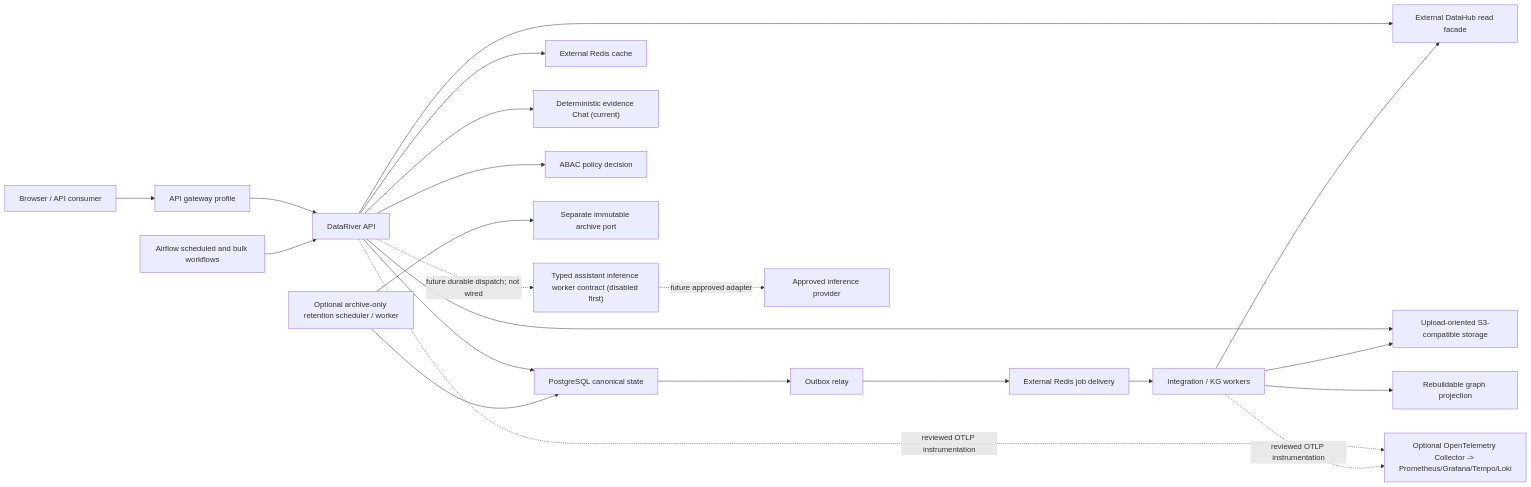
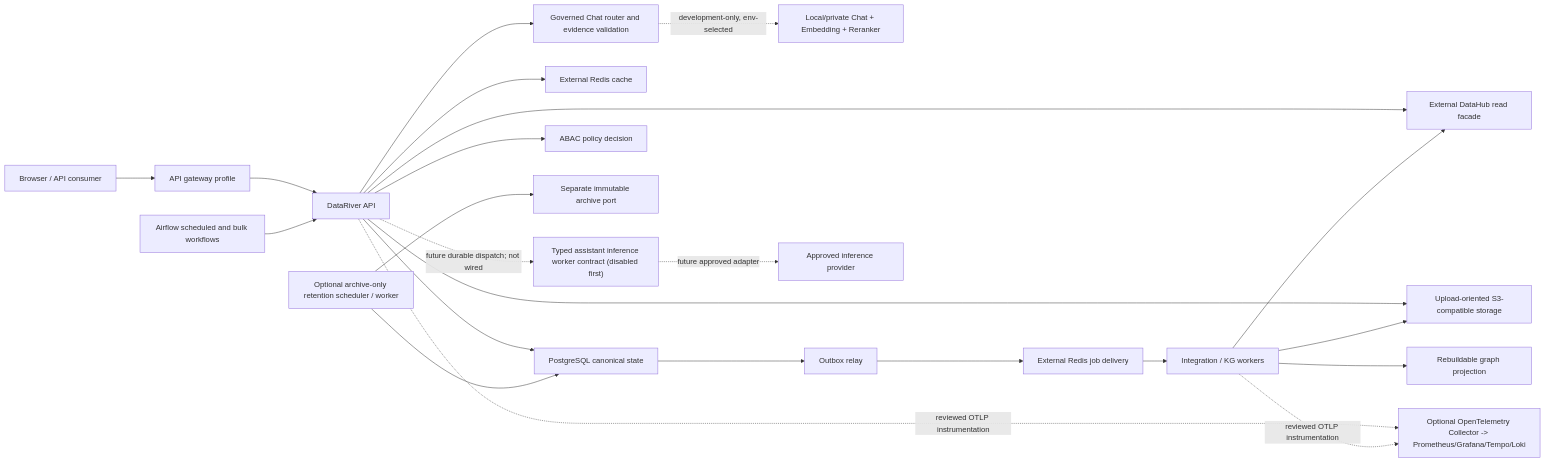
Before and after one commit to Ever-Real/datariver_poc_v0: the first of 2 diagrams in docs/03_ARCHITECTURE.md, drawn with Mermaid. The commit also changed other lines of this file and 119 other files, not shown here.

Commit message:
feat: add portable env-owned governed chat

````diff
--- a/docs/03_ARCHITECTURE.md
+++ b/docs/03_ARCHITECTURE.md
@@ -20,24 +20,25 @@
 ```mermaid
 flowchart LR
     U["Browser / API consumer"] --> G["API gateway profile"]
     G --> A["DataRiver API"]
     A --> P["PostgreSQL canonical state"]
     A --> VC["External Redis cache"]
     A --> O["Upload-oriented S3-compatible storage"]
     A --> D["External DataHub read facade"]
-    A --> C["Deterministic evidence Chat (current)"]
+    A --> C["Governed Chat router and evidence validation"]
+    C -. "development-only, env-selected" .-> DL["Local/private Chat + Embedding + Reranker"]
     A --> Z["ABAC policy decision"]
     P --> R["Outbox relay"]
     R --> VQ["External Redis job delivery"]
     VQ --> W["Integration / KG workers"]
     W --> D
     W --> O
     W --> GP["Rebuildable graph projection"]
     RW["Optional archive-only retention scheduler / worker"] --> P
     RW --> IA["Separate immutable archive port"]
     AF["Airflow scheduled and bulk workflows"] --> A
     A -. "future durable dispatch; not wired" .-> IW["Typed assistant inference worker contract (disabled first)"]
     IW -. "future approved adapter" .-> L["Approved inference provider"]
     A -. "reviewed OTLP instrumentation" .-> OT["Optional OpenTelemetry Collector -> Prometheus/Grafana/Tempo/Loki"]
     W -. "reviewed OTLP instrumentation" .-> OT
 ```
````
